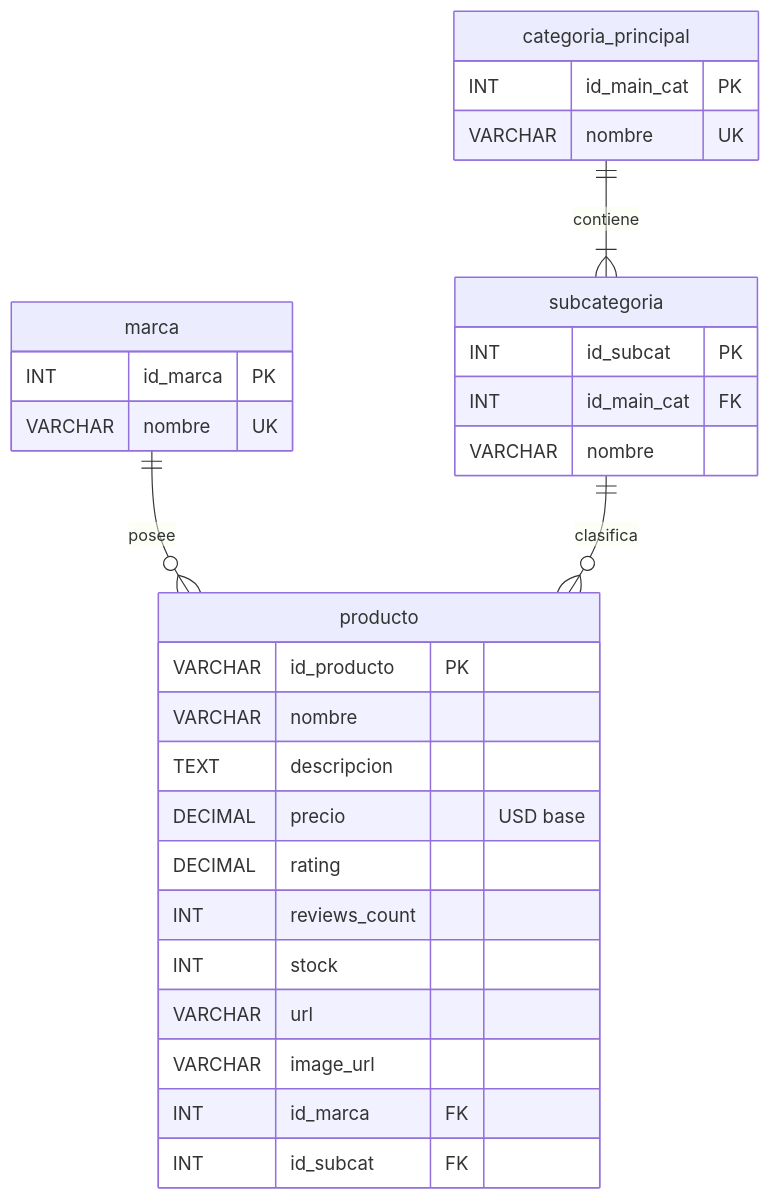
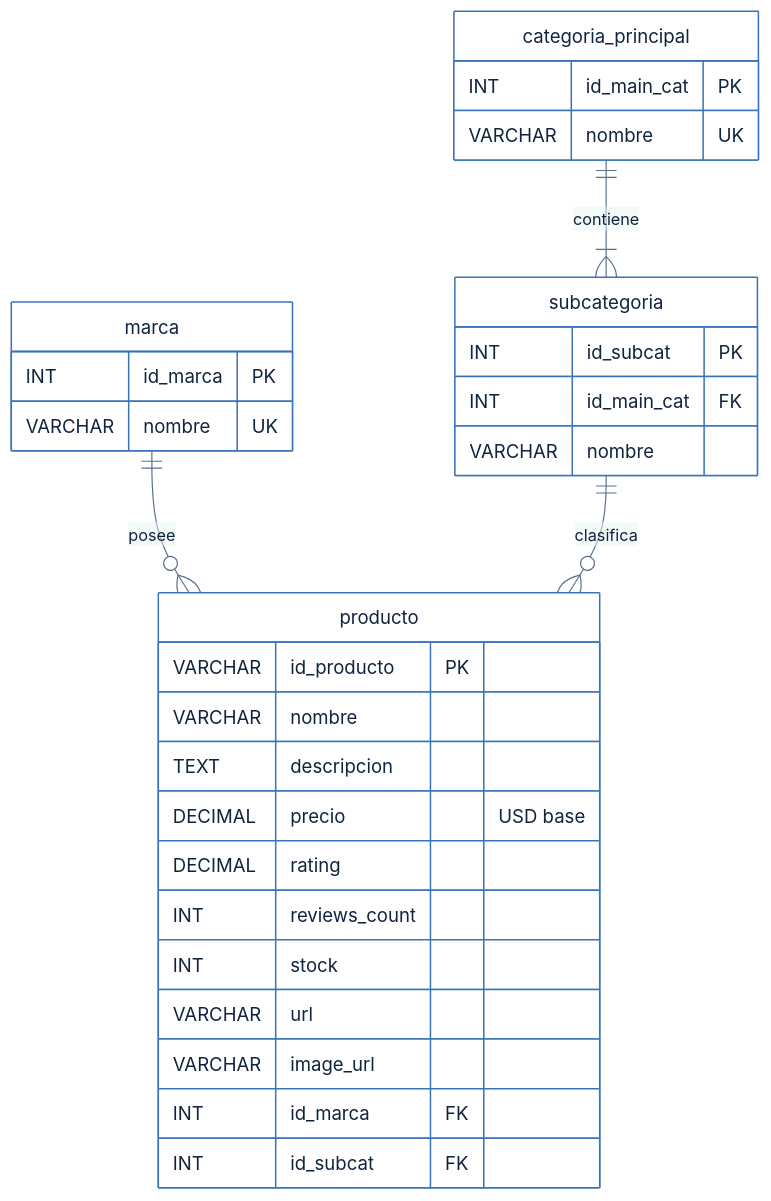
The diagram in docs/diagramas/modelo-entidad-relacion.mmd (Juan2351/Tech_e-commerce), drawn with Mermaid before and after one commit. The commit also changed 5 other files, not shown here.

First line of the commit message:
Mejora el diseño de los diagramas C4

```diff
--- a/docs/diagramas/modelo-entidad-relacion.mmd
+++ b/docs/diagramas/modelo-entidad-relacion.mmd
@@ -1,34 +1,35 @@
+%%{init: {"theme":"base","themeVariables":{"fontFamily":"Aptos, Segoe UI, Arial, sans-serif","fontSize":"16px","primaryColor":"#EAF2FF","primaryTextColor":"#10233F","primaryBorderColor":"#3973B9","lineColor":"#58708E","secondaryColor":"#F1F5F9","tertiaryColor":"#E7F5F2","background":"#FFFFFF","mainBkg":"#FFFFFF","textColor":"#10233F"}}}%%
 erDiagram
     marca ||--o{ producto : "posee"
     categoria_principal ||--|{ subcategoria : "contiene"
     subcategoria ||--o{ producto : "clasifica"
 
     marca {
         INT id_marca PK
         VARCHAR nombre UK
     }
 
     categoria_principal {
         INT id_main_cat PK
         VARCHAR nombre UK
     }
 
     subcategoria {
         INT id_subcat PK
         INT id_main_cat FK
         VARCHAR nombre
     }
 
     producto {
         VARCHAR id_producto PK
         VARCHAR nombre
         TEXT descripcion
         DECIMAL precio "USD base"
         DECIMAL rating
         INT reviews_count
         INT stock
         VARCHAR url
         VARCHAR image_url
         INT id_marca FK
         INT id_subcat FK
     }
```
